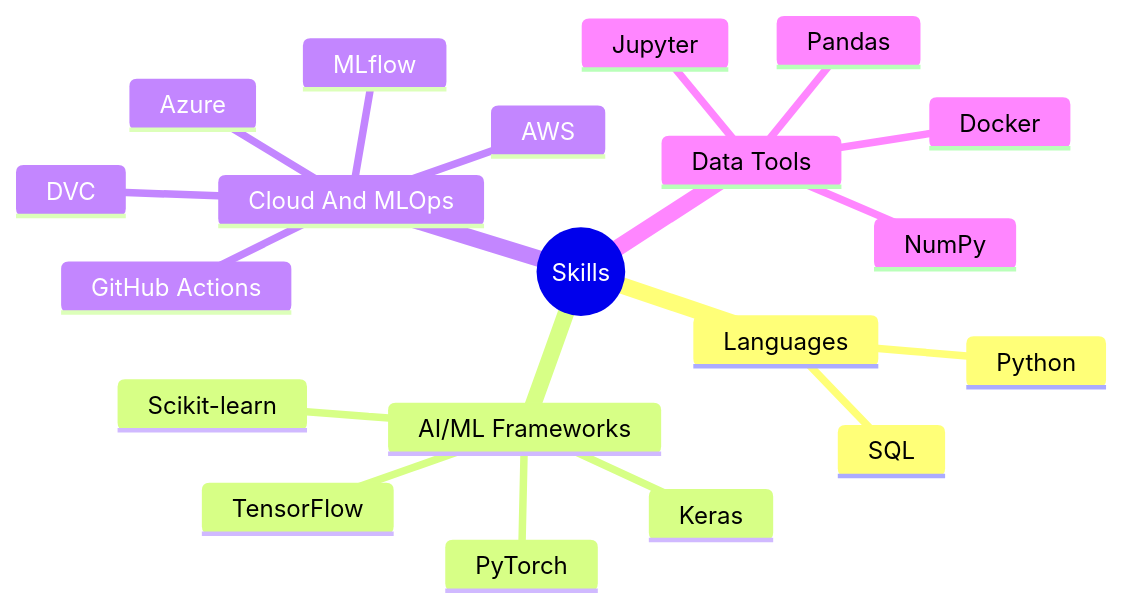
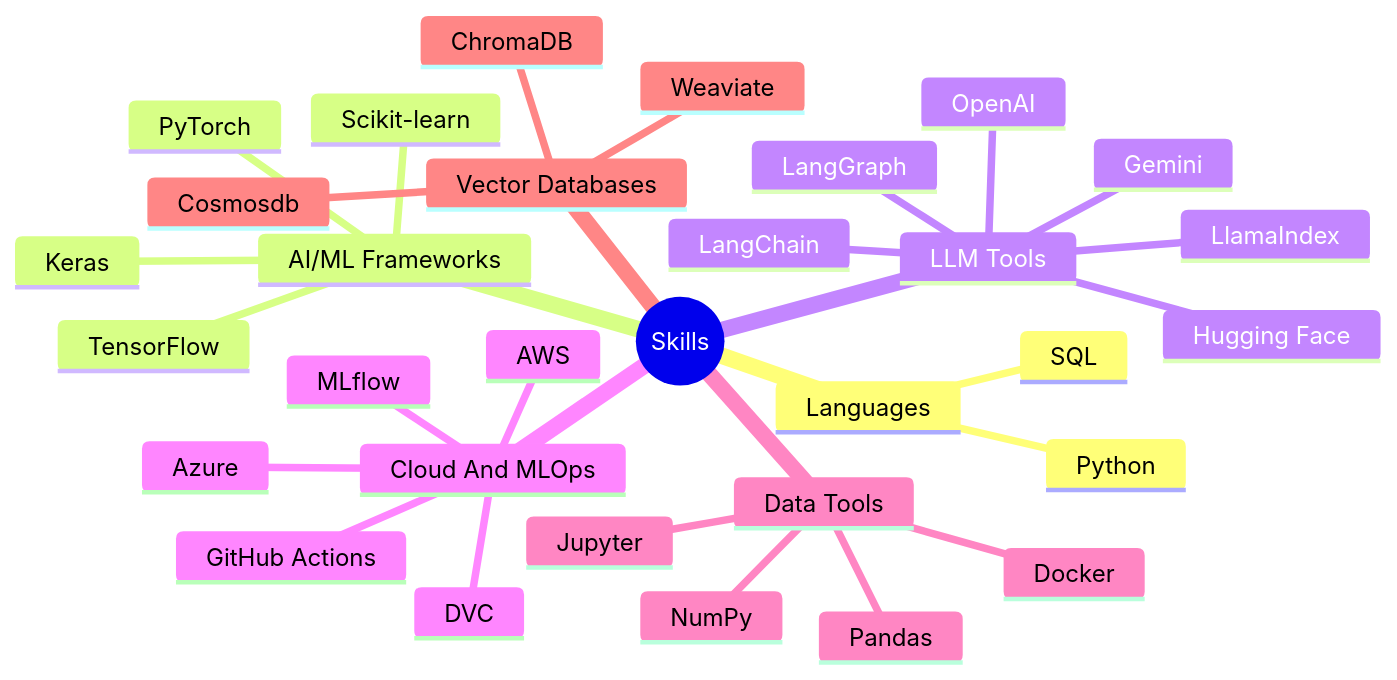
Before and after one commit to Parth189p/Parth189p: the diagram in README.md, drawn with Mermaid. The commit also changed other lines of this file, not shown here.

````diff
--- a/README.md
+++ b/README.md
@@ -28,23 +28,34 @@
 ```mermaid
 mindmap
   root((Skills))
     Languages
       Python
       SQL
     AI/ML Frameworks
       TensorFlow
       PyTorch
       Keras
       Scikit-learn
+    LLM Tools
+      LangChain
+      LangGraph
+      LlamaIndex
+      OpenAI
+      Gemini
+      Hugging Face
     Cloud And MLOps
       AWS
       Azure
       MLflow
       DVC
       GitHub Actions
     Data Tools
       Jupyter
       Pandas
       NumPy
       Docker
+    Vector Databases
+      Cosmosdb
+      Weaviate
+      ChromaDB
 ```
````
